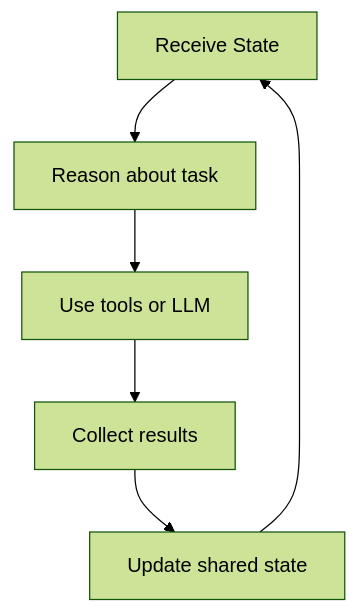
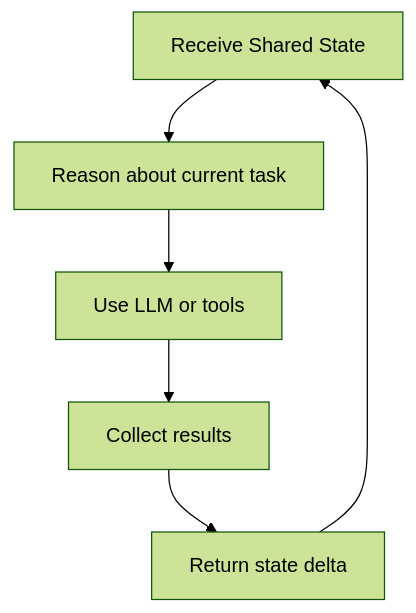
One commit to AlexChariot/agent-system-advanced changed the fourth of 5 diagrams in README.md. Above: the diagram before and after it, drawn with Mermaid (forest theme). The commit also changed other lines of this file and 15 other files, not shown here.

````diff
--- a/README.md
+++ b/README.md
@@ -127,19 +115,10 @@
 ```mermaid
 flowchart TD
-  
-Input[Receive State]
-  
-Think[Reason about task]
-  
-Act[Use tools or LLM]
-  
-Observe[Collect results]
-  
-Update[Update shared state]
-  
-Input --> Think
-Think --> Act
-Act --> Observe
-Observe --> Update
-Update --> Input
+    Input[Receive Shared State]
+    Think[Reason about current task]
+    Act[Use LLM or tools]
+    Observe[Collect results]
+    Update[Return state delta]
+
+    Input --> Think --> Act --> Observe --> Update --> Input
 ```
````
